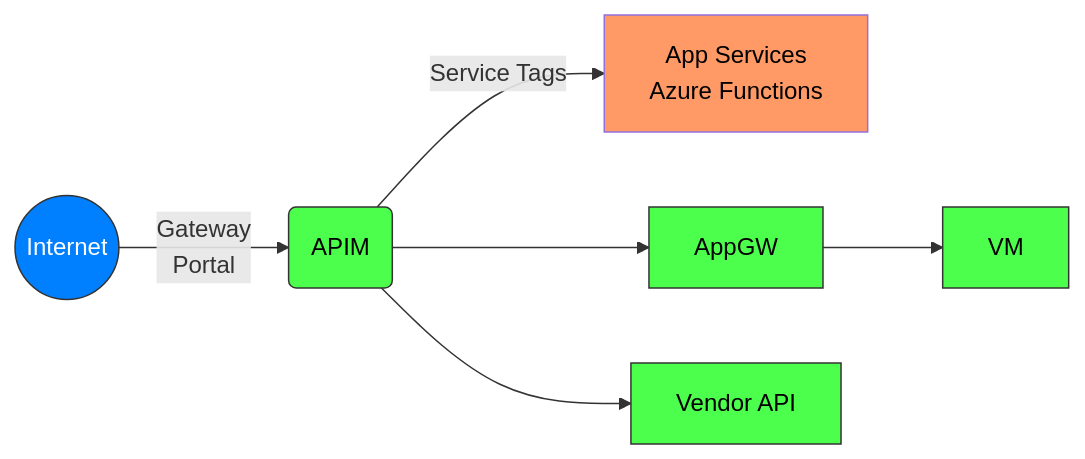
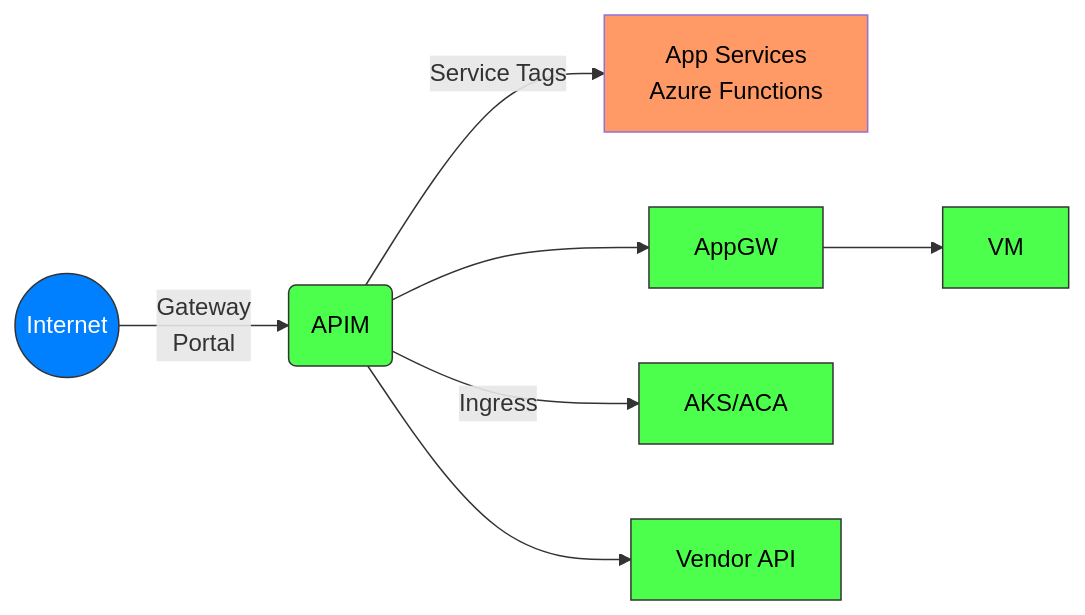
Before and after one commit to msalemor/azure-apim-networking: the first of 2 diagrams in README.md, drawn with Mermaid. The commit also changed other lines of this file, not shown here.

````diff
--- a/README.md
+++ b/README.md
@@ -5,13 +5,14 @@
 ```mermaid
 graph LR;
     A((Internet))--Gateway<br/>Portal-->B(APIM)
     B--Service Tags-->C[App Services<br/>Azure Functions]
     B-->D[AppGW];
     D-->F[VM];
-    B-->E[Vendor API];
+    B--Ingress-->E[AKS/ACA];
+    B-->G[Vendor API]
     style A fill:#007FFF,stroke:#333,stroke-width:1px,color:#fff;    
     classDef someclass fill:#4DFF4D,stroke:#333,stroke-width:1px,color:black;
-    class B,D,E,F someclass;
+    class B,D,E,F,G someclass;
     classDef someclass1 fill:#f96,color:black;
     class C someclass1;
 ```
````
